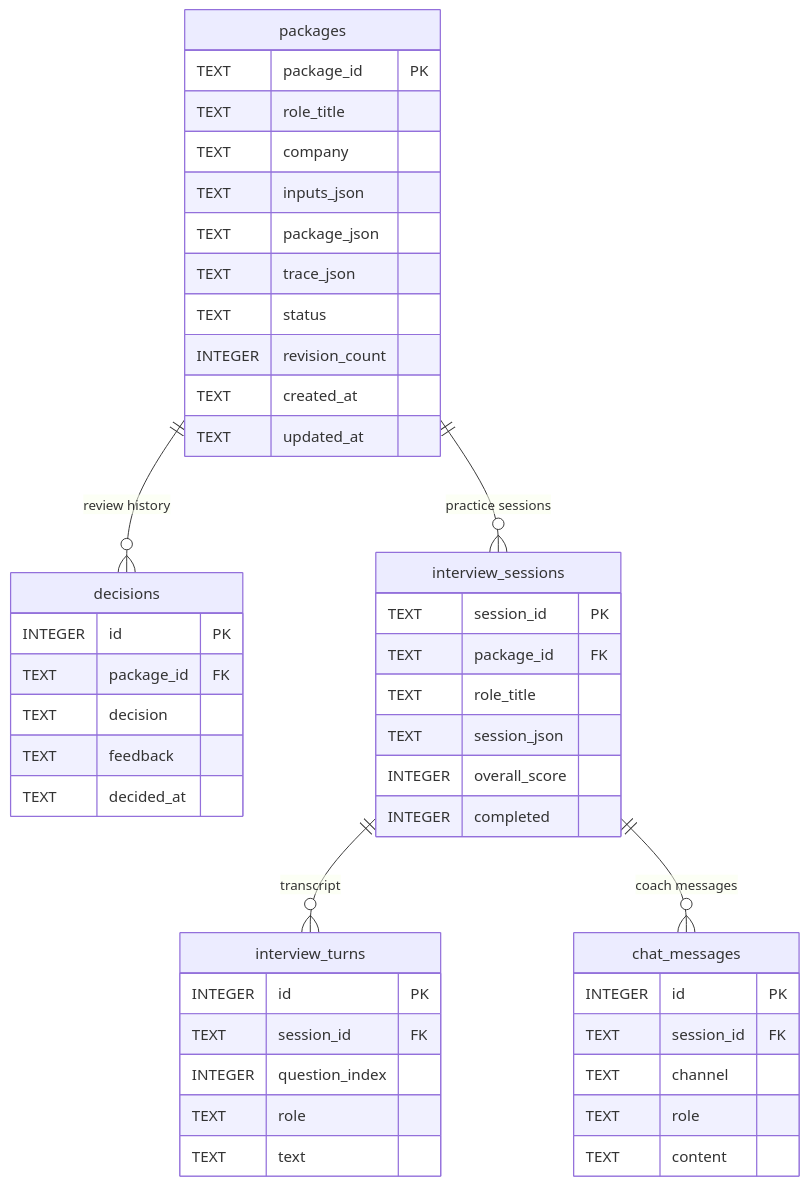
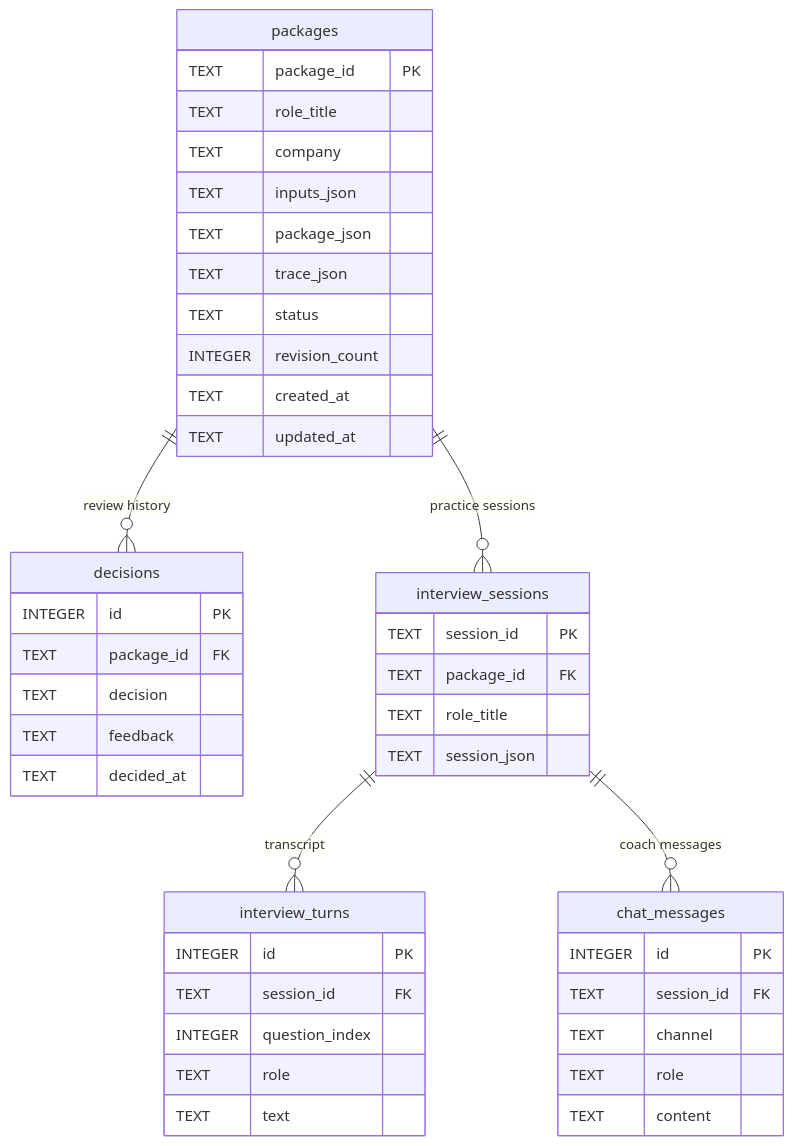
One commit to helenapedro/careercrew changed the tenth of 12 diagrams in docs/ARCHITECTURE_DIAGRAMS.md. Above: the diagram before and after it, drawn with Mermaid. The commit also changed 24 other files, not shown here.

````diff
--- a/docs/ARCHITECTURE_DIAGRAMS.md
+++ b/docs/ARCHITECTURE_DIAGRAMS.md
@@ -579,50 +579,48 @@
 ```mermaid
 erDiagram
     packages ||--o{ decisions : "review history"
     packages ||--o{ interview_sessions : "practice sessions"
 
     interview_sessions ||--o{ interview_turns : "transcript"
     interview_sessions ||--o{ chat_messages : "coach messages"
 
     packages {
         TEXT package_id PK
         TEXT role_title
         TEXT company
         TEXT inputs_json
         TEXT package_json
         TEXT trace_json
         TEXT status
         INTEGER revision_count
         TEXT created_at
         TEXT updated_at
     }
     decisions {
         INTEGER id PK
         TEXT package_id FK
         TEXT decision
         TEXT feedback
         TEXT decided_at
     }
     interview_sessions {
         TEXT session_id PK
         TEXT package_id FK
         TEXT role_title
         TEXT session_json
-        INTEGER overall_score
-        INTEGER completed
     }
     interview_turns {
         INTEGER id PK
         TEXT session_id FK
         INTEGER question_index
         TEXT role
         TEXT text
     }
     chat_messages {
         INTEGER id PK
         TEXT session_id FK
         TEXT channel
         TEXT role
         TEXT content
     }
 ```
````
